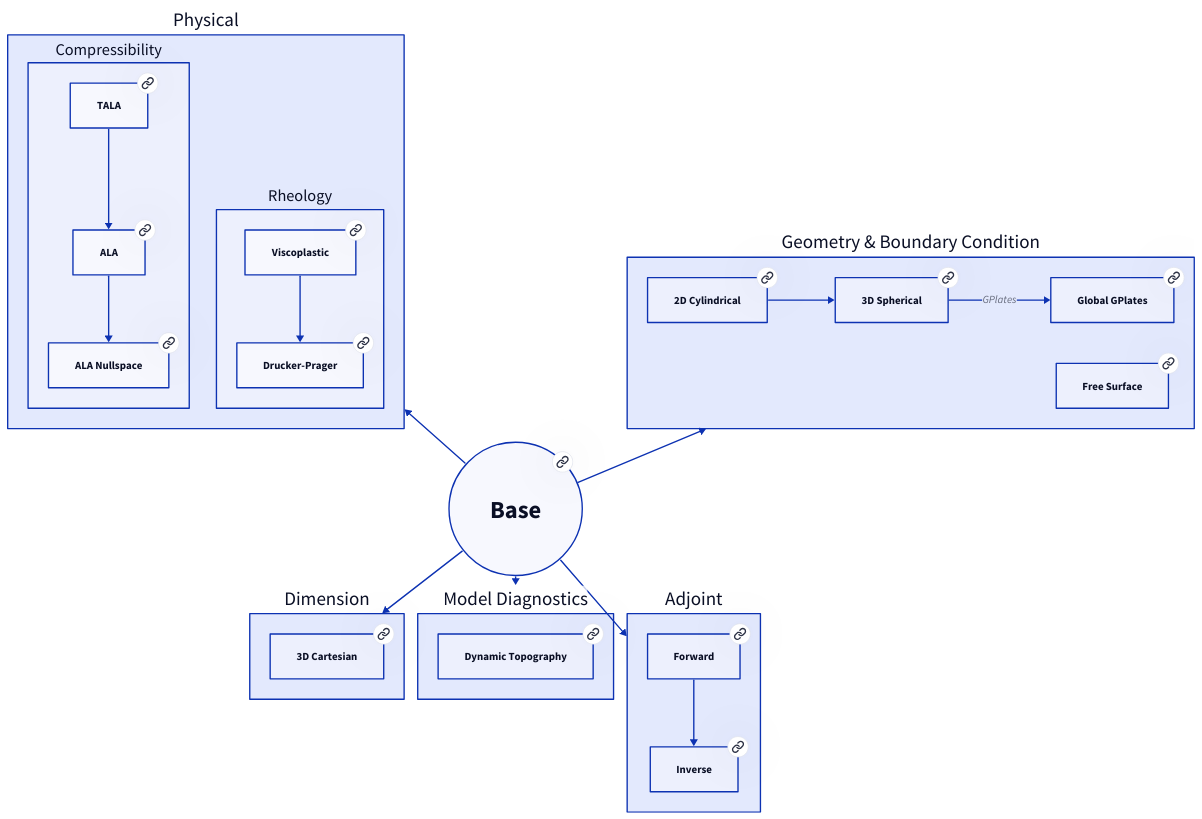
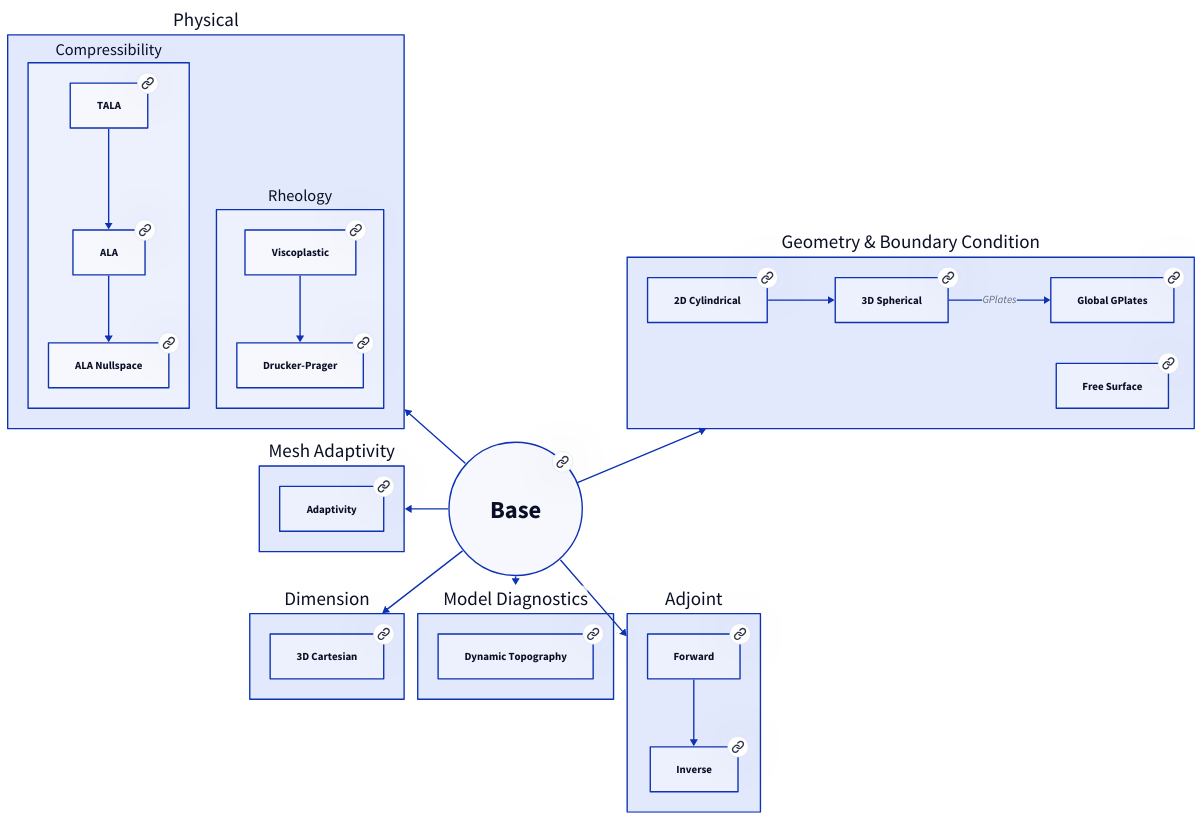
One commit to g-adopt/g-adopt changed the diagram in demos/mantle_convection/.diagram.d2. Above: the diagram before and after it, drawn with D2. The commit also changed 2 other files, not shown here.

Commit message:
Add adaptive base case to tutorial hierarchy (#557)
Somehow we missed this... Also packages the gif in so we can see it!

```diff
--- a/demos/mantle_convection/.diagram.d2
+++ b/demos/mantle_convection/.diagram.d2
@@ -1,92 +1,101 @@
 base: Base {
   link: ./base_case
   shape: circle
   style: {
     font-size: 36
   }
 }
 
 physical: Physical {
   near: top-left
   compressibility: Compressibility {
     tala: TALA {
       link: ./2d_compressible_TALA
     }
     ala: ALA {
       link: ./2d_compressible_ALA
     }
     visualise_ala: ALA Nullspace {
       link: ./visualise_ALA_p_nullspace
     }
     direction: right
     tala -> ala -> visualise_ala
   }
 
   rheology: Rheology {
     viscoplastic: Viscoplastic {
       link: ./viscoplastic_case
     }
     drucker_prager: Drucker-Prager {
       link: ./Drucker_Prager
     }
 
 
     viscoplastic -> drucker_prager
   }
 
 }
 
 dimension: Dimension {
   near: bottom-left
   cartesian_3d: 3D Cartesian {
     link: ./3d_cartesian
   }
   direction: right
 }
 
 diagnostics: Model Diagnostics {
   near: bottom-center
   dynamic_topography: Dynamic Topography {
     link: ./dynamic_topography
   }
   direction: right
 }
 
+adaptivity: Mesh Adaptivity {
+  near: center-left
+  adaptivity: Adaptivity {
+    link: ./adaptive_base_case
+  }
+  direction: right
+}
+
 geometry: Geometry & Boundary Condition {
   near: top-right
   cylindrical_2d: 2D Cylindrical {
     link: ./2d_cylindrical
   }
   spherical_3d: 3D Spherical {
     link: ./3d_spherical
   }
   gplates_global: Global GPlates {
     link: ./gplates_global
   }
   free_surface: Free Surface {
     link: ./free_surface
   }
 
   direction: right
 
   cylindrical_2d -> spherical_3d
   spherical_3d -> gplates_global: GPlates
 }
 
 adjoint: Adjoint {
   near: bottom-right
   adjoint_forward: Forward {
     link: ./adjoint_forward
   }
   inverse: Inverse {
     link: ./adjoint
   }
 
   adjoint_forward -> inverse
 }
 
 base -> physical
 base -> dimension
 base -> diagnostics
 base -> geometry
 base -> adjoint
+base -> adaptivity
```
